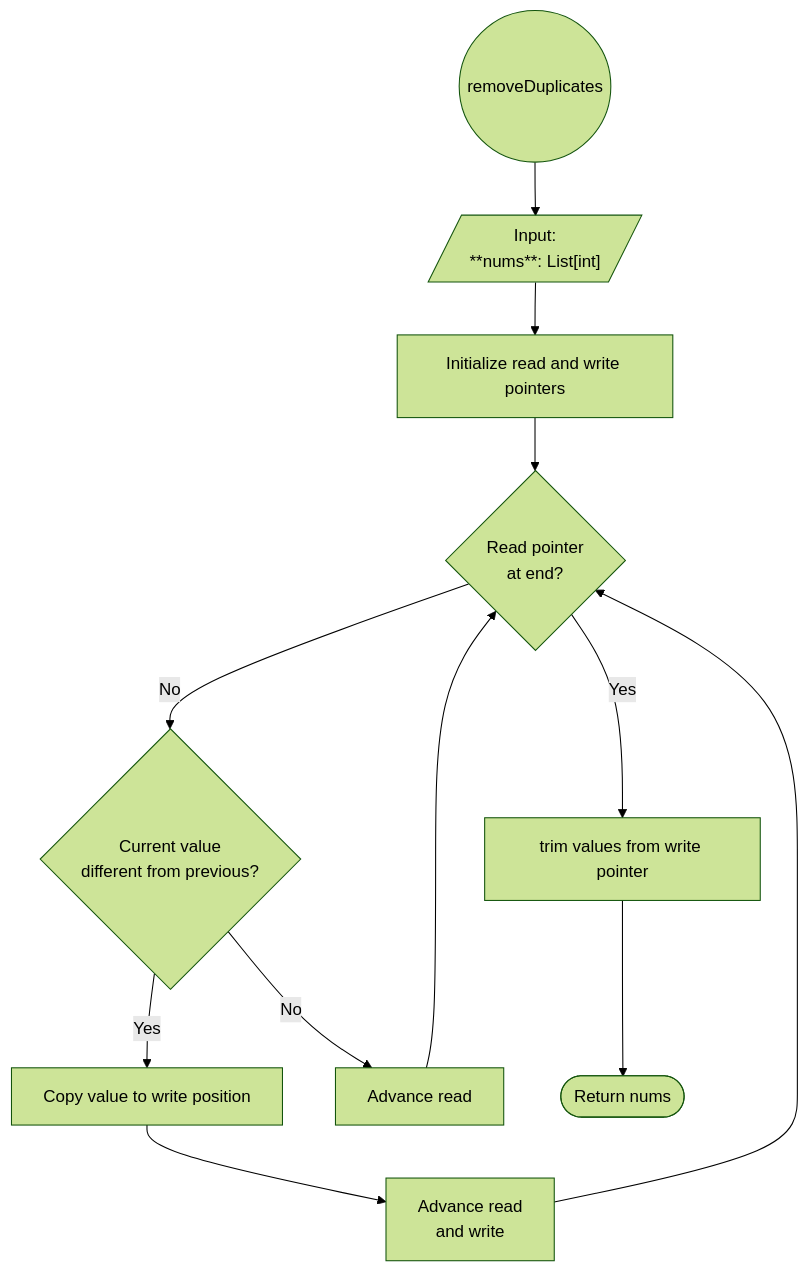
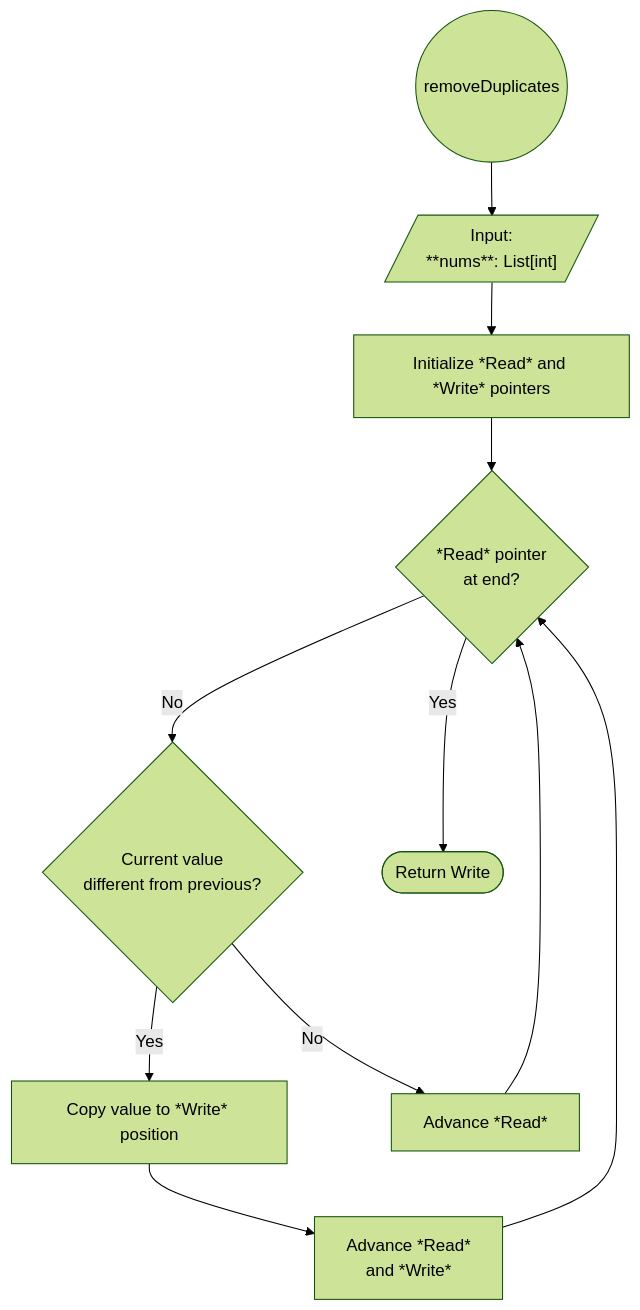
Before and after one commit to kiskaadee/backend-residency: the diagram in practice/LeetCode/26-remove-duplicates-from-sorted-array.md, drawn with Mermaid (forest theme). The commit also changed other lines of this file and 1 other file, not shown here.

````diff
--- a/practice/LeetCode/26-remove-duplicates-from-sorted-array.md
+++ b/practice/LeetCode/26-remove-duplicates-from-sorted-array.md
@@ -131,30 +131,28 @@
 ```mermaid
 graph TD
 
     START((removeDuplicates))
 
     input[/"Input: 
     **nums**: List[int]"/]
 
-    init[Initialize read and write pointers]
+    init[Initialize *Read* and *Write* pointers]
 
-    scan{Read pointer<br/>at end?}
+    scan{*Read* pointer<br/>at end?}
 
     unique{Current value<br/>different from previous?}
 
-    copy[Copy value to write position]
+    copy[Copy value to *Write* position]
 
-    moveRead[Advance read]
+    moveRead[Advance *Read*]
 
-    moveBoth[Advance read<br/>and write]
-	
-	trim[trim values from write pointer]
+    moveBoth[Advance *Read*<br/>and *Write*]
     
-    END([Return nums])
+    END([Return Write])
 
     START --> input --> init --> scan
     scan -- No --> unique
     unique -- Yes --> copy --> moveBoth --> scan
     unique -- No --> moveRead --> scan
-    scan -- Yes --> trim --> END
+    scan -- Yes --> END
 ```
````
